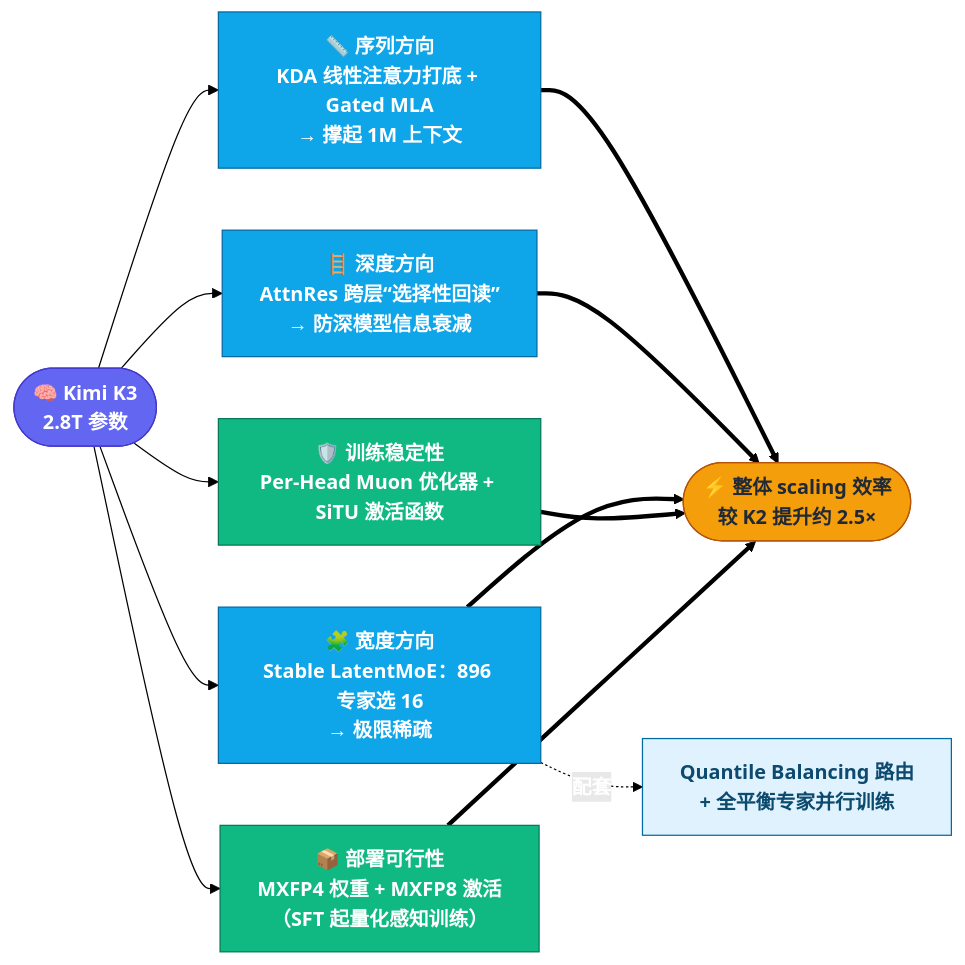
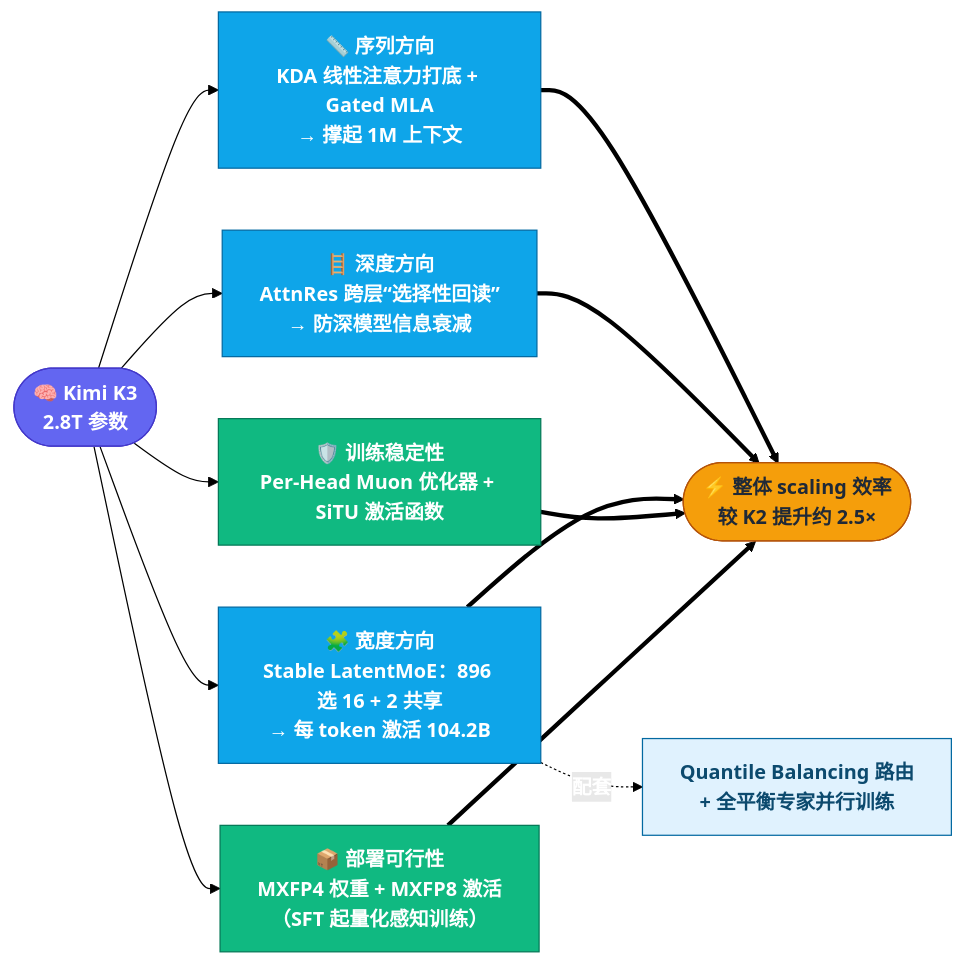
The first of 2 diagrams in docs/architecture.md (WonderfulClaire/kimi-k3-deep-dive), drawn with Mermaid (forest theme) before and after one commit. The commit also changed other lines of this file and 6 other files, not shown here.

````diff
--- a/docs/architecture.md
+++ b/docs/architecture.md
@@ -7,20 +7,20 @@
 ```mermaid
 flowchart LR
     K3(["🧠 Kimi K3<br/>2.8T 参数"]):::root
 
     K3 --> SEQ["📏 序列方向<br/>KDA 线性注意力打底 + Gated MLA<br/>→ 撑起 1M 上下文"]:::axis
     K3 --> DEP["🪜 深度方向<br/>AttnRes 跨层“选择性回读”<br/>→ 防深模型信息衰减"]:::axis
-    K3 --> WID["🧩 宽度方向<br/>Stable LatentMoE：896 专家选 16<br/>→ 极限稀疏"]:::axis
+    K3 --> WID["🧩 宽度方向<br/>Stable LatentMoE：896 选 16 + 2 共享<br/>→ 每 token 激活 104.2B"]:::axis
     WID -.配套.-> QB["Quantile Balancing 路由<br/>+ 全平衡专家并行训练"]:::sub
 
     K3 --> STA["🛡️ 训练稳定性<br/>Per-Head Muon 优化器 + SiTU 激活函数"]:::support
     K3 --> DPL["📦 部署可行性<br/>MXFP4 权重 + MXFP8 激活<br/>（SFT 起量化感知训练）"]:::support
 
     SEQ & DEP & WID & STA & DPL ==> RES(["⚡ 整体 scaling 效率<br/>较 K2 提升约 2.5×"]):::result
 
     classDef root fill:#6366f1,stroke:#4338ca,color:#ffffff,font-weight:bold
     classDef axis fill:#0ea5e9,stroke:#0369a1,color:#ffffff
     classDef sub fill:#e0f2fe,stroke:#0369a1,color:#0c4a6e
     classDef support fill:#10b981,stroke:#047857,color:#ffffff
     classDef result fill:#f59e0b,stroke:#b45309,color:#1f2937,font-weight:bold
 ```
````
